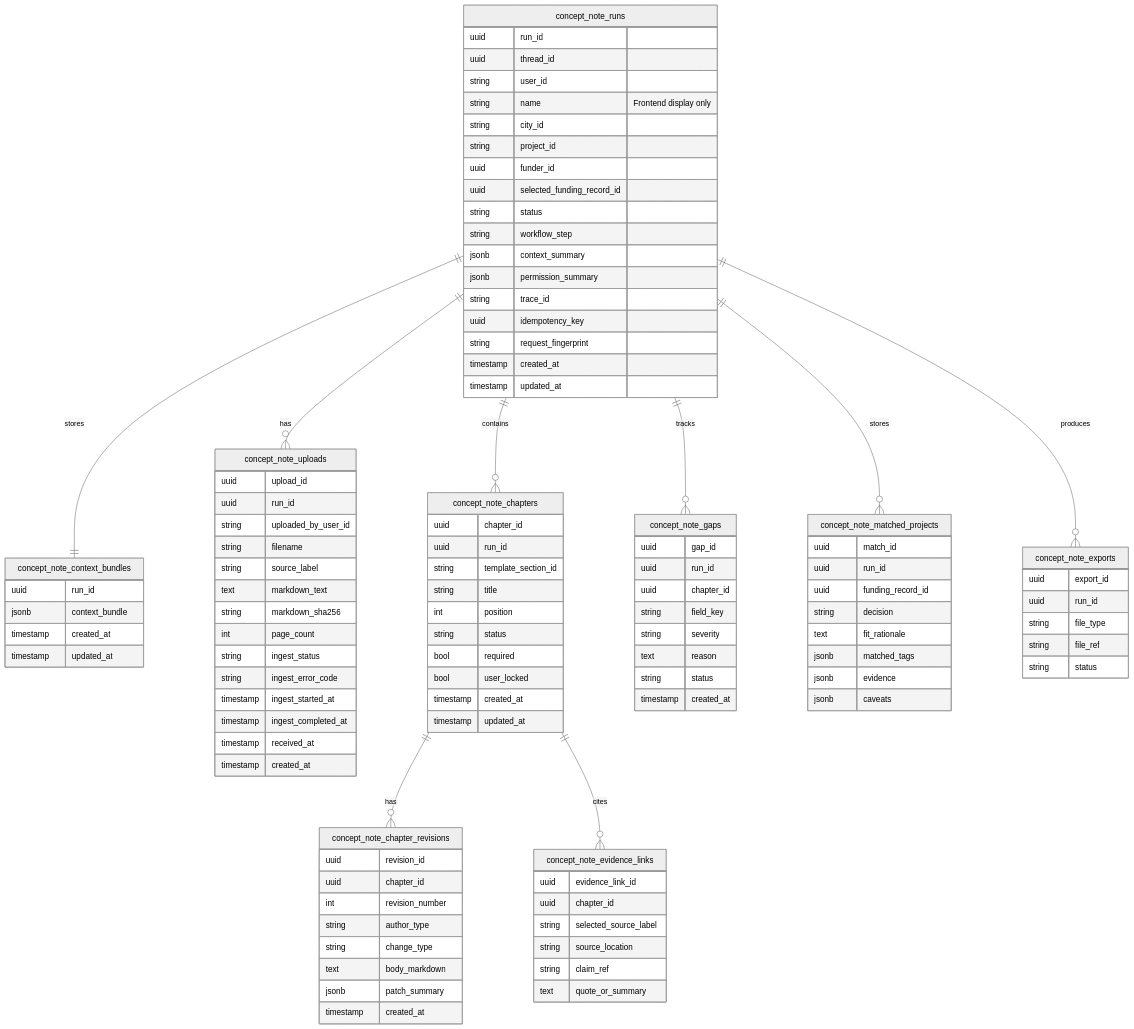
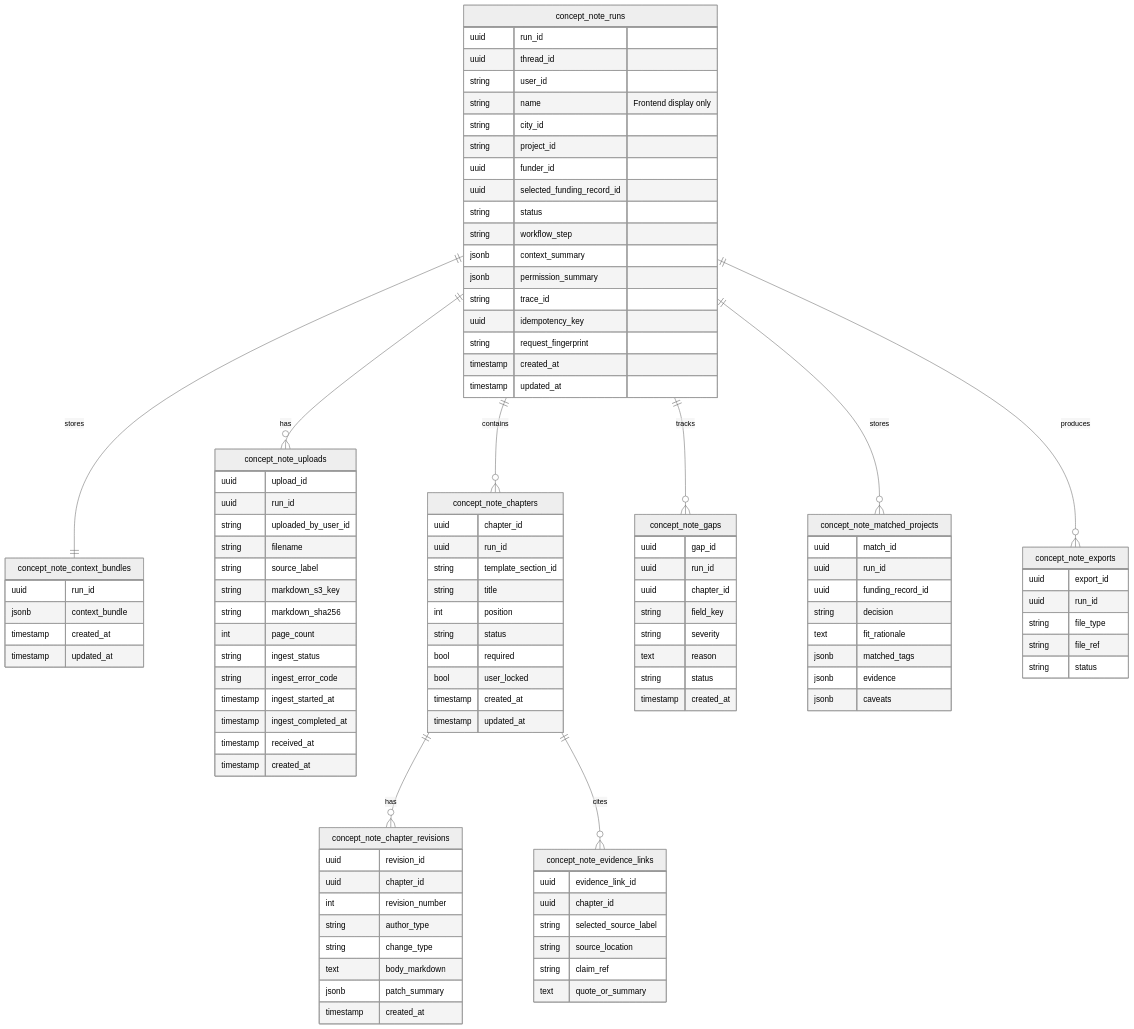
Before and after one commit to Open-Earth-Foundation/CityCatalyst: the sixth of 14 diagrams in docs/ConceptNoteBuilderArchitecture.md, drawn with Mermaid (neutral theme). The commit also changed other lines of this file and 23 other files, not shown here.

```diff
--- a/docs/ConceptNoteBuilderArchitecture.md
+++ b/docs/ConceptNoteBuilderArchitecture.md
@@ -813,7 +778,7 @@
         string uploaded_by_user_id
         string filename
         string source_label
-        text markdown_text
+        string markdown_s3_key
         string markdown_sha256
         int page_count
         string ingest_status
```
